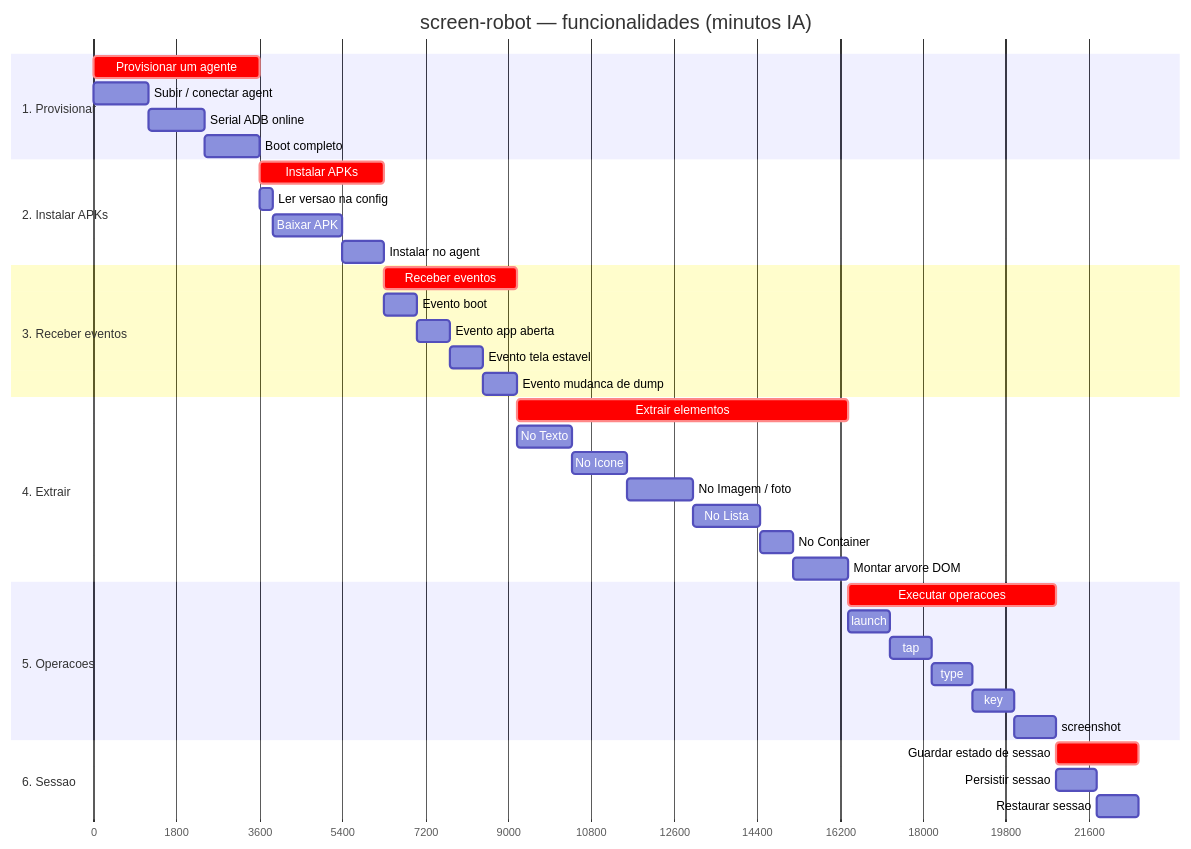
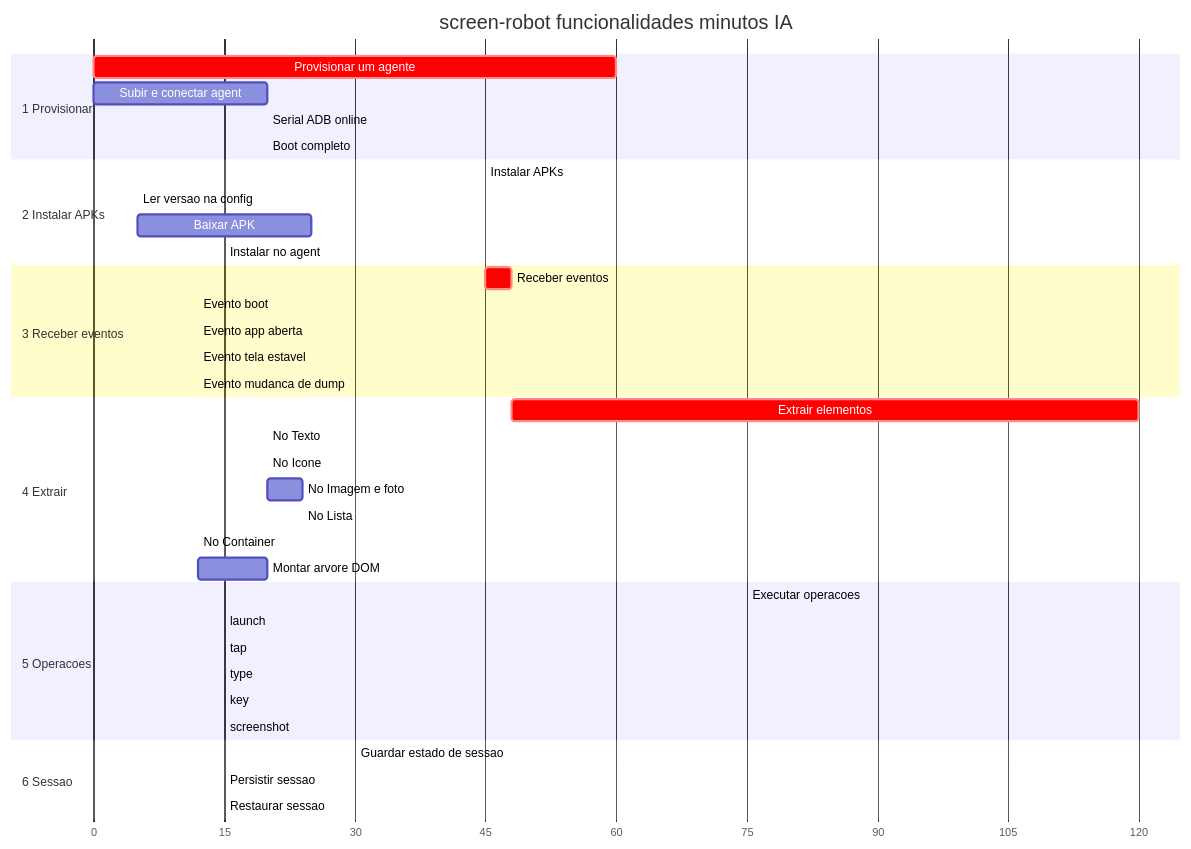
Before and after one commit to laerciogermano/workstation: the second of 2 diagrams in connectmax/screen-robot/docs/tasks.md, drawn with Mermaid. The commit also changed other lines of this file, not shown here.

Commit message:
Corrige sintaxe Mermaid em tasks.md do screen-robot.
Remove barras, acentos e barras nos labels; durações numéricas no Gantt.

````diff
--- a/connectmax/screen-robot/docs/tasks.md
+++ b/connectmax/screen-robot/docs/tasks.md
@@ -80,47 +91,47 @@
 ```mermaid
 gantt
-  title screen-robot — funcionalidades (minutos IA)
+  title screen-robot funcionalidades minutos IA
   dateFormat X
   axisFormat %s
 
-  section 1. Provisionar
-  Provisionar um agente        :crit, p0, 0, 60m
-  Subir / conectar agent       :p1, 0, 20m
-  Serial ADB online            :p2, after p1, 20m
-  Boot completo                :p3, after p2, 20m
+  section 1 Provisionar
+  Provisionar um agente     :crit, p0, 0, 60
+  Subir e conectar agent    :p1, 0, 20
+  Serial ADB online         :p2, after p1, 20
+  Boot completo             :p3, after p2, 20
 
-  section 2. Instalar APKs
-  Instalar APKs                :crit, i0, after p0, 45m
-  Ler versao na config         :i1, after p0, 5m
-  Baixar APK                   :i2, after i1, 25m
-  Instalar no agent            :i3, after i2, 15m
+  section 2 Instalar APKs
+  Instalar APKs             :crit, i0, after p0, 45
+  Ler versao na config      :i1, after p0, 5
+  Baixar APK                :i2, after i1, 25
+  Instalar no agent         :i3, after i2, 15
 
-  section 3. Receber eventos
-  Receber eventos              :crit, e0, after i0, 48m
-  Evento boot                  :e1, after i0, 12m
-  Evento app aberta            :e2, after e1, 12m
-  Evento tela estavel          :e3, after e2, 12m
-  Evento mudanca de dump       :e4, after e3, 12m
+  section 3 Receber eventos
+  Receber eventos           :crit, e0, after i0, 48
+  Evento boot               :e1, after i0, 12
+  Evento app aberta         :e2, after e1, 12
+  Evento tela estavel       :e3, after e2, 12
+  Evento mudanca de dump    :e4, after e3, 12
 
-  section 4. Extrair
-  Extrair elementos            :crit, x0, after e0, 120m
-  No Texto                     :x1, after e0, 20m
-  No Icone                     :x2, after x1, 20m
-  No Imagem / foto             :x3, after x2, 24m
-  No Lista                     :x4, after x3, 24m
-  No Container                 :x5, after x4, 12m
-  Montar arvore DOM            :x6, after x5, 20m
+  section 4 Extrair
+  Extrair elementos         :crit, x0, after e0, 120
+  No Texto                  :x1, after e0, 20
+  No Icone                  :x2, after x1, 20
+  No Imagem e foto          :x3, after x2, 24
+  No Lista                  :x4, after x3, 24
+  No Container              :x5, after x4, 12
+  Montar arvore DOM         :x6, after x5, 20
 
-  section 5. Operacoes
-  Executar operacoes           :crit, o0, after x0, 75m
-  launch                       :o1, after x0, 15m
-  tap                          :o2, after o1, 15m
-  type                         :o3, after o2, 15m
-  key                          :o4, after o3, 15m
-  screenshot                   :o5, after o4, 15m
+  section 5 Operacoes
+  Executar operacoes        :crit, o0, after x0, 75
+  launch                    :o1, after x0, 15
+  tap                       :o2, after o1, 15
+  type                      :o3, after o2, 15
+  key                       :o4, after o3, 15
+  screenshot                :o5, after o4, 15
 
-  section 6. Sessao
-  Guardar estado de sessao     :crit, s0, after o0, 30m
-  Persistir sessao             :s1, after o0, 15m
-  Restaurar sessao             :s2, after s1, 15m
+  section 6 Sessao
+  Guardar estado de sessao  :crit, s0, after o0, 30
+  Persistir sessao          :s1, after o0, 15
+  Restaurar sessao          :s2, after s1, 15
 ```
````
